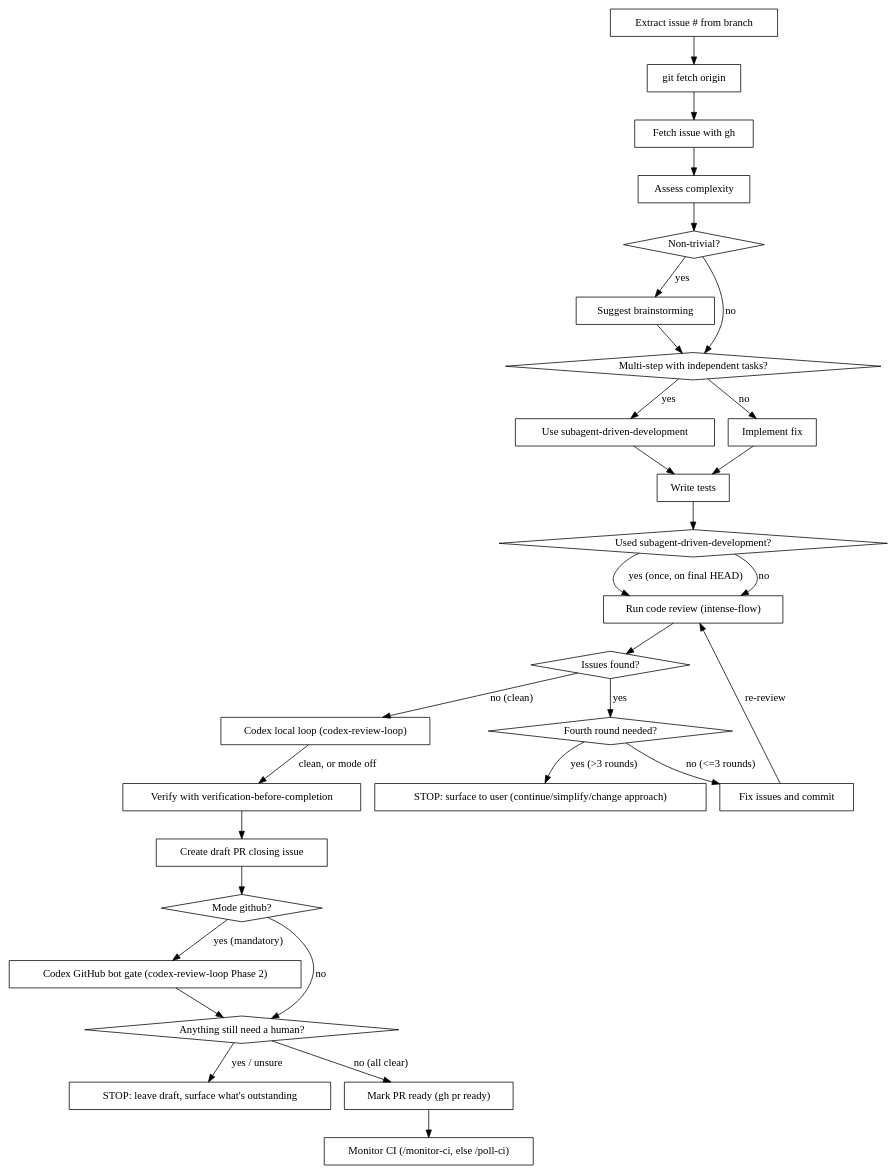
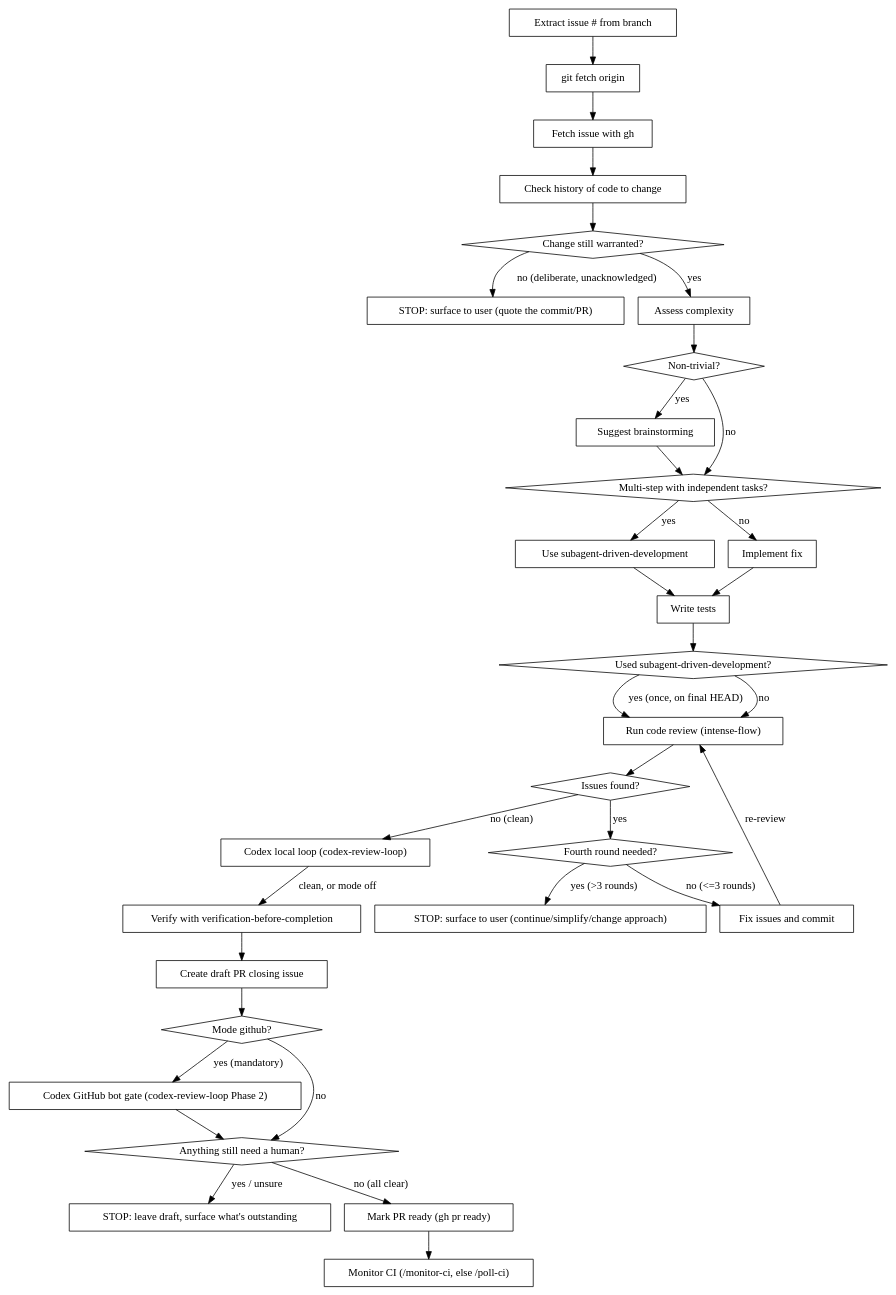
One commit to oalders/kitchen-sink changed the diagram in commands/fix-gh-issue.md. Above: the diagram before and after it, drawn with Graphviz. The commit also changed other lines of this file and 3 other files, not shown here.

First line of the commit message:
fix-gh-issue: add guiding principles and a history check (v2.30.0) (#77)

````diff
--- a/commands/fix-gh-issue.md
+++ b/commands/fix-gh-issue.md
@@ -62,59 +72,65 @@
 ```dot
 digraph fix_issue {
     "Extract issue # from branch" [shape=box];
     "git fetch origin" [shape=box];
     "Fetch issue with gh" [shape=box];
+    "Check history of code to change" [shape=box];
+    "Change still warranted?" [shape=diamond];
+    "STOP: surface to user (quote the commit/PR)" [shape=box];
     "Assess complexity" [shape=box];
     "Non-trivial?" [shape=diamond];
     "Suggest brainstorming" [shape=box];
     "Multi-step with independent tasks?" [shape=diamond];
     "Use subagent-driven-development" [shape=box];
     "Implement fix" [shape=box];
     "Write tests" [shape=box];
     "Used subagent-driven-development?" [shape=diamond];
     "Run code review (intense-flow)" [shape=box];
     "Issues found?" [shape=diamond];
     "Fourth round needed?" [shape=diamond];
     "STOP: surface to user (continue/simplify/change approach)" [shape=box];
     "Fix issues and commit" [shape=box];
     "Codex local loop (codex-review-loop)" [shape=box];
     "Verify with verification-before-completion" [shape=box];
     "Create draft PR closing issue" [shape=box];
     "Mode github?" [shape=diamond];
     "Codex GitHub bot gate (codex-review-loop Phase 2)" [shape=box];
     "Anything still need a human?" [shape=diamond];
     "STOP: leave draft, surface what's outstanding" [shape=box];
     "Mark PR ready (gh pr ready)" [shape=box];
     "Monitor CI (/monitor-ci, else /poll-ci)" [shape=box];
 
     "Extract issue # from branch" -> "git fetch origin";
     "git fetch origin" -> "Fetch issue with gh";
-    "Fetch issue with gh" -> "Assess complexity";
+    "Fetch issue with gh" -> "Check history of code to change";
+    "Check history of code to change" -> "Change still warranted?";
+    "Change still warranted?" -> "STOP: surface to user (quote the commit/PR)" [label="no (deliberate, unacknowledged)"];
+    "Change still warranted?" -> "Assess complexity" [label="yes"];
     "Assess complexity" -> "Non-trivial?";
     "Non-trivial?" -> "Suggest brainstorming" [label="yes"];
     "Non-trivial?" -> "Multi-step with independent tasks?" [label="no"];
     "Suggest brainstorming" -> "Multi-step with independent tasks?";
     "Multi-step with independent tasks?" -> "Use subagent-driven-development" [label="yes"];
     "Multi-step with independent tasks?" -> "Implement fix" [label="no"];
     "Use subagent-driven-development" -> "Write tests";
     "Implement fix" -> "Write tests";
     "Write tests" -> "Used subagent-driven-development?";
     "Used subagent-driven-development?" -> "Run code review (intense-flow)" [label="yes (once, on final HEAD)"];
     "Used subagent-driven-development?" -> "Run code review (intense-flow)" [label="no"];
     "Run code review (intense-flow)" -> "Issues found?" [shape=diamond];
     "Issues found?" -> "Fourth round needed?" [label="yes"];
     "Fourth round needed?" -> "STOP: surface to user (continue/simplify/change approach)" [label="yes (>3 rounds)"];
     "Fourth round needed?" -> "Fix issues and commit" [label="no (<=3 rounds)"];
     "Fix issues and commit" -> "Run code review (intense-flow)" [label="re-review"];
     "Issues found?" -> "Codex local loop (codex-review-loop)" [label="no (clean)"];
     "Codex local loop (codex-review-loop)" -> "Verify with verification-before-completion" [label="clean, or mode off"];
     "Verify with verification-before-completion" -> "Create draft PR closing issue";
     "Create draft PR closing issue" -> "Mode github?";
     "Mode github?" -> "Codex GitHub bot gate (codex-review-loop Phase 2)" [label="yes (mandatory)"];
     "Mode github?" -> "Anything still need a human?" [label="no"];
     "Codex GitHub bot gate (codex-review-loop Phase 2)" -> "Anything still need a human?";
     "Anything still need a human?" -> "STOP: leave draft, surface what's outstanding" [label="yes / unsure"];
     "Anything still need a human?" -> "Mark PR ready (gh pr ready)" [label="no (all clear)"];
     "Mark PR ready (gh pr ready)" -> "Monitor CI (/monitor-ci, else /poll-ci)";
 }
 ```
````
